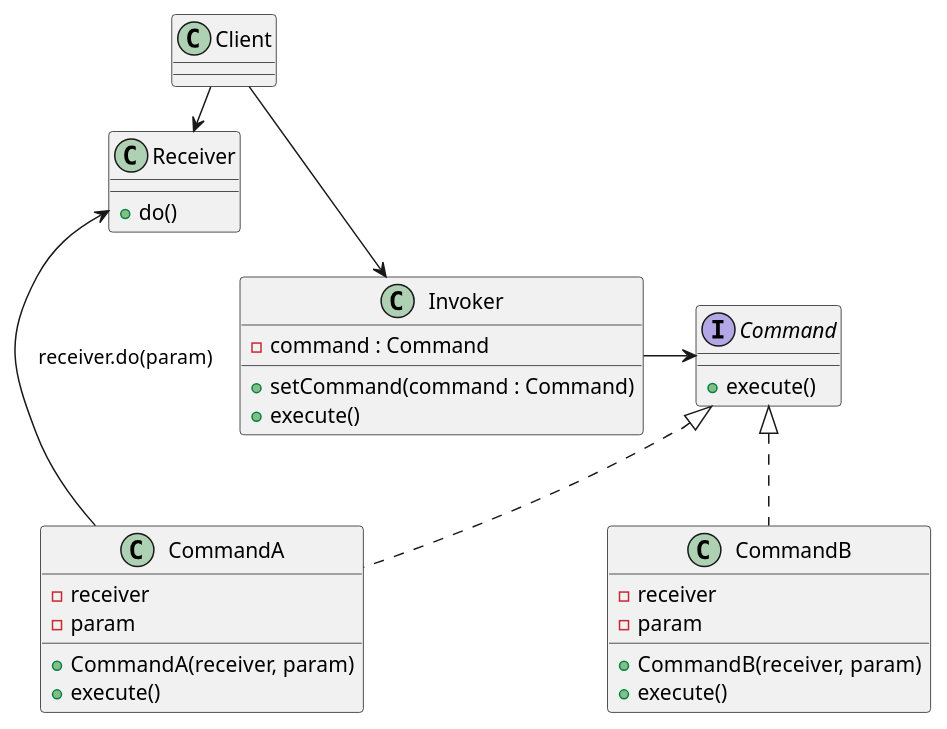
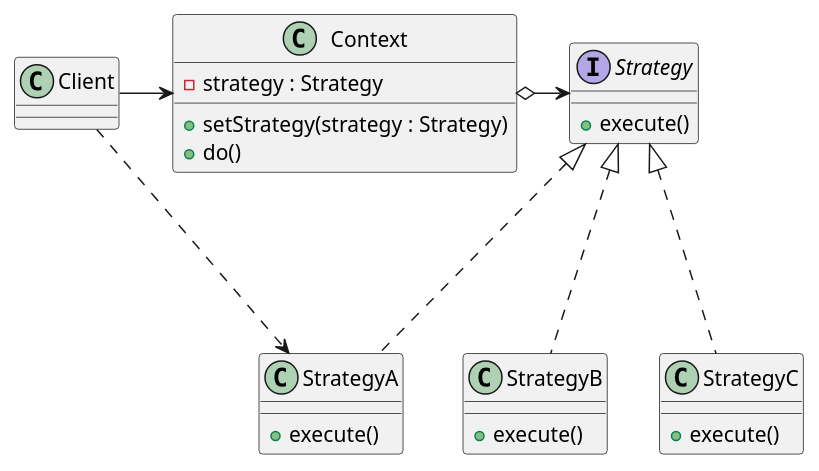
Before and after one commit to hjhello423/toy: the diagram in study-design-pattern/src/main/java/com/my/studydesignpattern/chapter8/example/strategy-pattern.puml, drawn with PlantUML. The commit also changed 28 other files, not shown here.

```diff
--- a/study-design-pattern/src/main/java/com/my/studydesignpattern/chapter8/example/strategy-pattern.puml
+++ b/study-design-pattern/src/main/java/com/my/studydesignpattern/chapter8/example/strategy-pattern.puml
@@ -1,43 +1,35 @@
 @startuml
 
 class Client {
 }
 
-class Invoker {
-- command : Command
-+ setCommand(command : Command)
+class Context {
+- strategy : Strategy
++ setStrategy(strategy : Strategy)
++ do()
+}
+
+interface Strategy {
 + execute()
 }
 
-interface Command {
+class StrategyA {
 + execute()
 }
 
-class CommandA {
-- receiver
-- param
-+ CommandA(receiver, param)
+class StrategyB {
 + execute()
 }
 
-class CommandB {
-- receiver
-- param
-+ CommandB(receiver, param)
+class StrategyC {
 + execute()
 }
 
-class Receiver {
-+ do()
-}
 
-Client --> Invoker
-Client -> Receiver
-Receiver <-- CommandA : receiver.do(param)
-
-Invoker -> Command
-Command <|.. CommandA
-Command <|.. CommandB
-
-
+Context o-> Strategy
+Strategy <|... StrategyA
+Strategy <|... StrategyB
+Strategy <|... StrategyC
+Client -> Context
+Client ...> StrategyA
 @enduml
```
